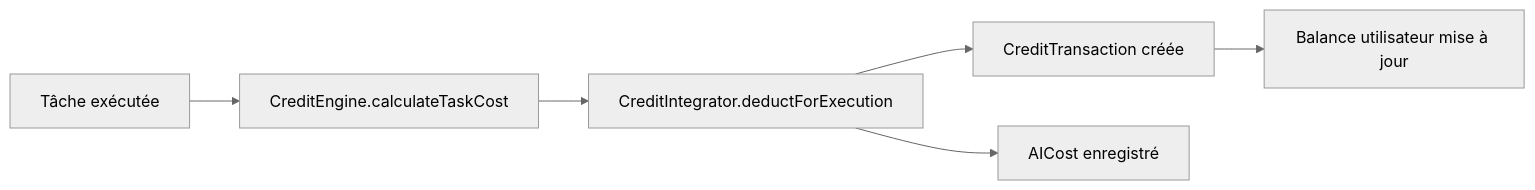
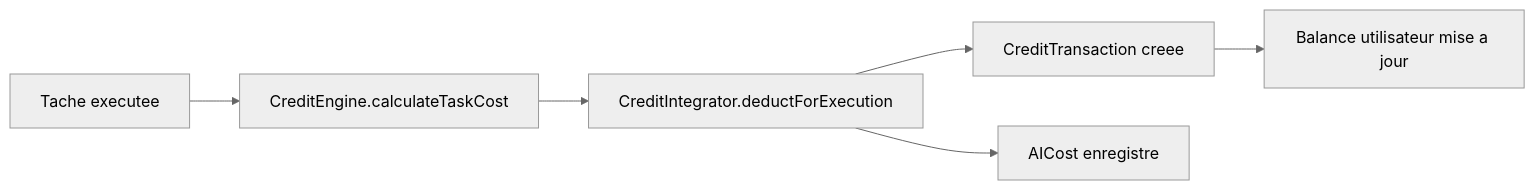
Before and after one commit to missock237-spec/Gen3ia: the third of 3 diagrams in ARCHITECTURE.md, drawn with Mermaid (neutral theme). The commit also changed other lines of this file, not shown here.

Commit message:
fix: rename Genova AI to Gen3ia in ARCHITECTURE.md title

````diff
--- a/ARCHITECTURE.md
+++ b/ARCHITECTURE.md
@@ -64,8 +64,8 @@
 ```mermaid
 flowchart LR
-    T[Tâche exécutée] --> CE[CreditEngine.calculateTaskCost]
+    T[Tache executee] --> CE[CreditEngine.calculateTaskCost]
     CE --> CI[CreditIntegrator.deductForExecution]
-    CI --> CT[CreditTransaction créée]
-    CT --> BA[Balance utilisateur mise à jour]
-    CI --> AI[AICost enregistré]
+    CI --> CT[CreditTransaction creee]
+    CT --> BA[Balance utilisateur mise a jour]
+    CI --> AI[AICost enregistre]
 ```
````
